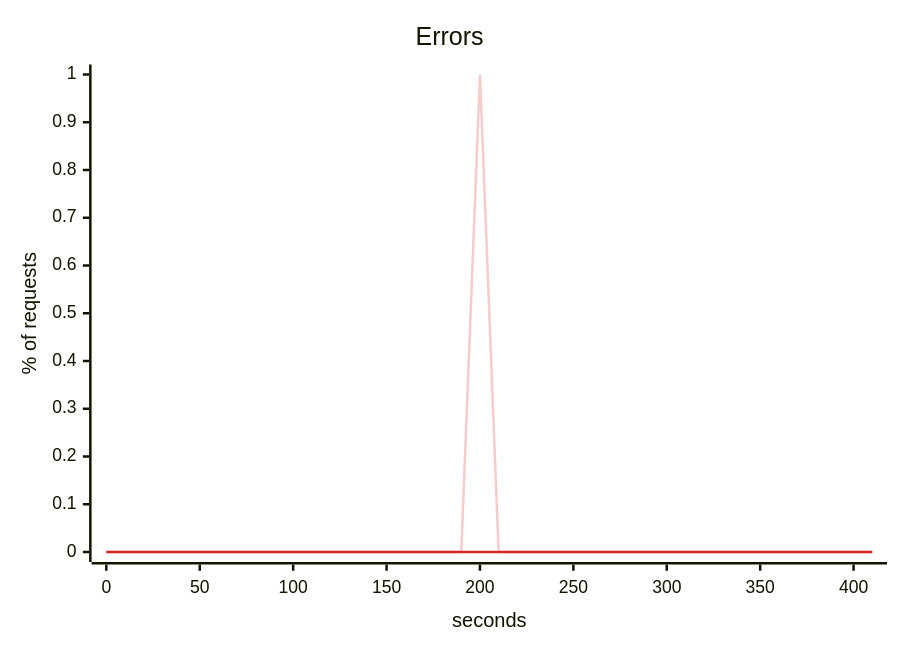
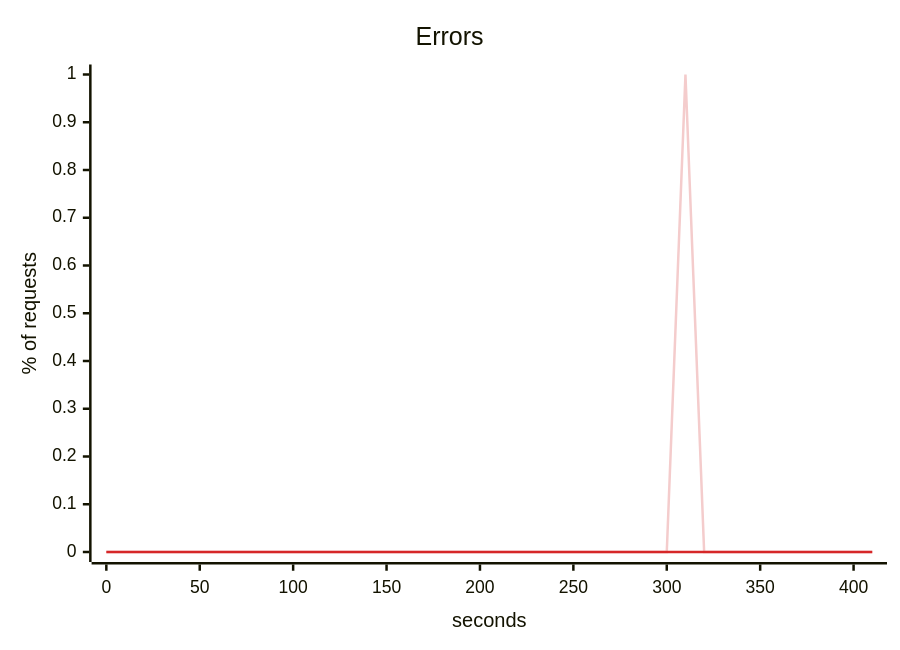
The fourth of 5 diagrams in scenarios/when-to-scale-your-database/solutions/one-query-per-page/report.md (akinfemi/load-lore), drawn with Mermaid before and after one commit. The commit also changed other lines of this file and 71 other files, not shown here.

````diff
--- a/scenarios/when-to-scale-your-database/solutions/one-query-per-page/report.md
+++ b/scenarios/when-to-scale-your-database/solutions/one-query-per-page/report.md
@@ -78,15 +79,15 @@
 ```mermaid
 ---
 config:
   themeVariables:
     xyChart:
       backgroundColor: "transparent"
       plotColorPalette: "#f4cccc, #d62728"
 ---
 xychart-beta
     title "Errors"
     x-axis "seconds" 0 --> 410
     y-axis "% of requests" 0 --> 1
-    line [0, 0, 0, 0, 0, 0, 0, 0, 0, 0, 0, 0, 0, 0, 0, 0, 0, 0, 0, 0, 1, 0, 0, 0, 0, 0, 0, 0, 0, 0, 0, 0, 0, 0, 0, 0, 0, 0, 0, 0, 0, 0]
+    line [0, 0, 0, 0, 0, 0, 0, 0, 0, 0, 0, 0, 0, 0, 0, 0, 0, 0, 0, 0, 0, 0, 0, 0, 0, 0, 0, 0, 0, 0, 0, 1, 0, 0, 0, 0, 0, 0, 0, 0, 0, 0]
     line [0, 0, 0, 0, 0, 0, 0, 0, 0, 0, 0, 0, 0, 0, 0, 0, 0, 0, 0, 0, 0, 0, 0, 0, 0, 0, 0, 0, 0, 0, 0, 0, 0, 0, 0, 0, 0, 0, 0, 0, 0, 0]
 ```
````
